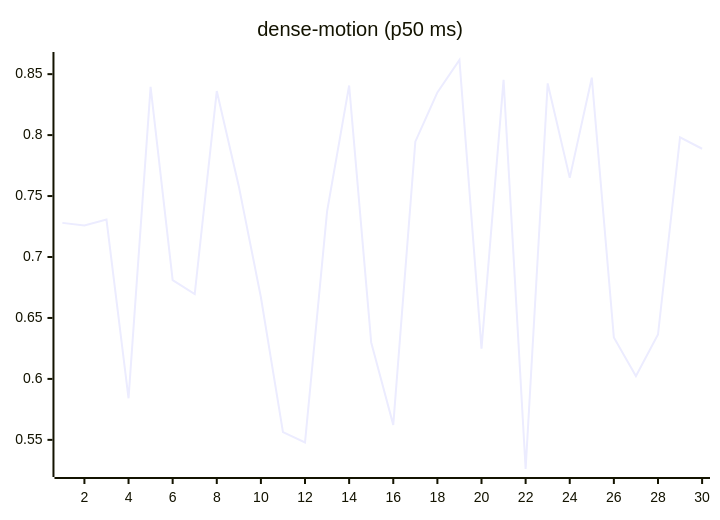
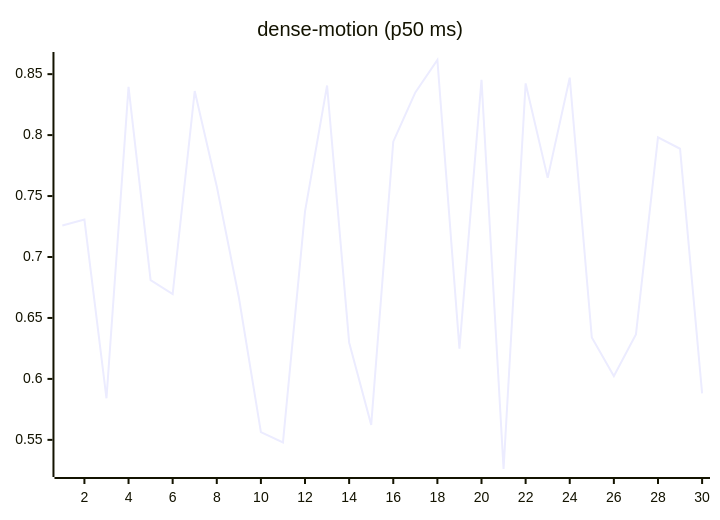
One commit to josha/Facet changed the ninth of 27 diagrams in README.md. Above: the diagram before and after it, drawn with Mermaid. The commit also changed other lines of this file and 2 other files, not shown here.

````diff
--- a/README.md
+++ b/README.md
@@ -119,6 +119,6 @@
 ```mermaid
 xychart-beta
     title "dense-motion (p50 ms)"
     x-axis 1 --> 30
-    line [0.7280, 0.7259, 0.7307, 0.5841, 0.8396, 0.6811, 0.6696, 0.8361, 0.7579, 0.6670, 0.5564, 0.5479, 0.7374, 0.8407, 0.6299, 0.5623, 0.7946, 0.8350, 0.8616, 0.6249, 0.8453, 0.5261, 0.8424, 0.7649, 0.8471, 0.6340, 0.6023, 0.6364, 0.7981, 0.7888]
+    line [0.7259, 0.7307, 0.5841, 0.8396, 0.6811, 0.6696, 0.8361, 0.7579, 0.6670, 0.5564, 0.5479, 0.7374, 0.8407, 0.6299, 0.5623, 0.7946, 0.8350, 0.8616, 0.6249, 0.8453, 0.5261, 0.8424, 0.7649, 0.8471, 0.6340, 0.6023, 0.6364, 0.7981, 0.7888, 0.5881]
 ```
````
